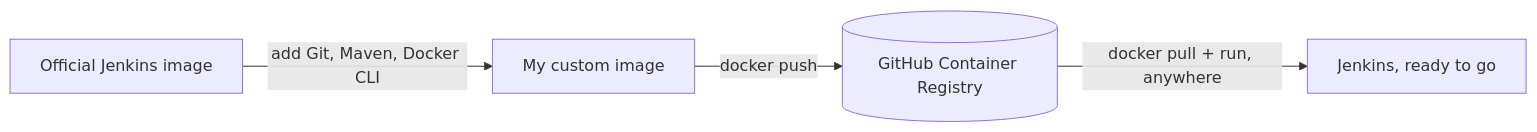
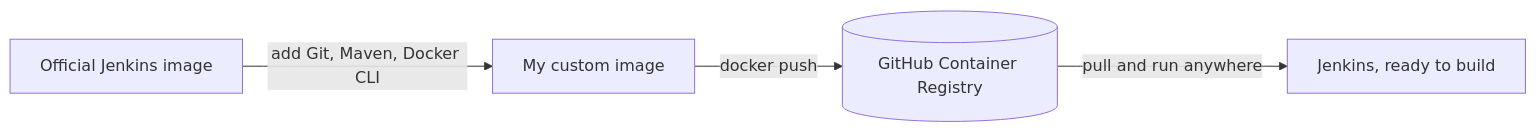
Before and after one commit to Ada045/JenkinsDockerImage: the diagram in README.md, drawn with Mermaid. The commit also changed other lines of this file, not shown here.

````diff
--- a/README.md
+++ b/README.md
@@ -19,6 +17,6 @@
 ```mermaid
 flowchart LR
     A[Official Jenkins image] -->|add Git, Maven, Docker CLI| B[My custom image]
     B -->|docker push| C[(GitHub Container Registry)]
-    C -->|docker pull + run, anywhere| D[Jenkins, ready to go]
+    C -->|pull and run anywhere| D[Jenkins, ready to build]
 ```
````
